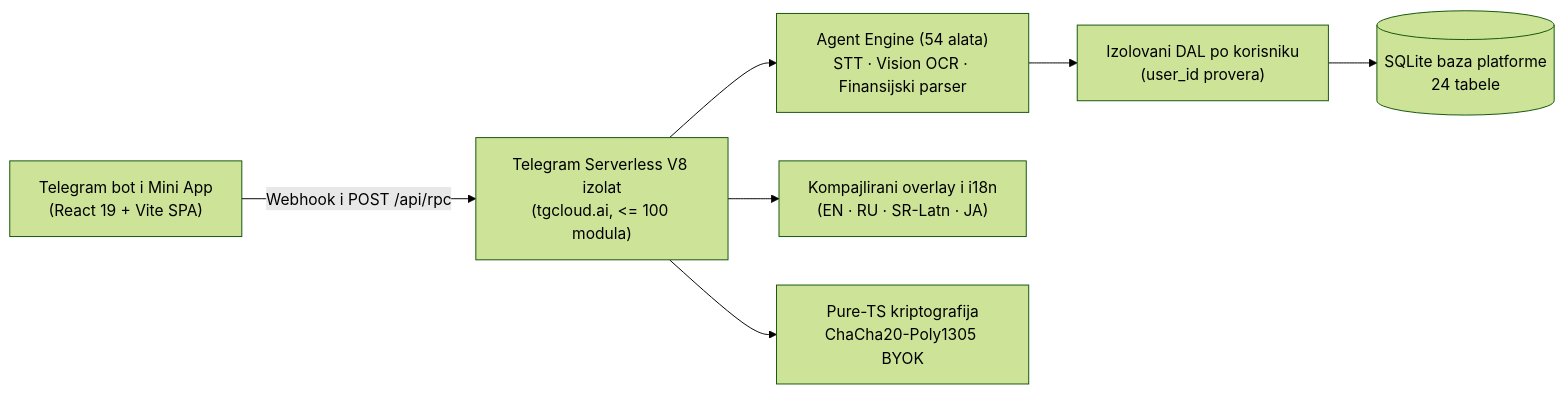
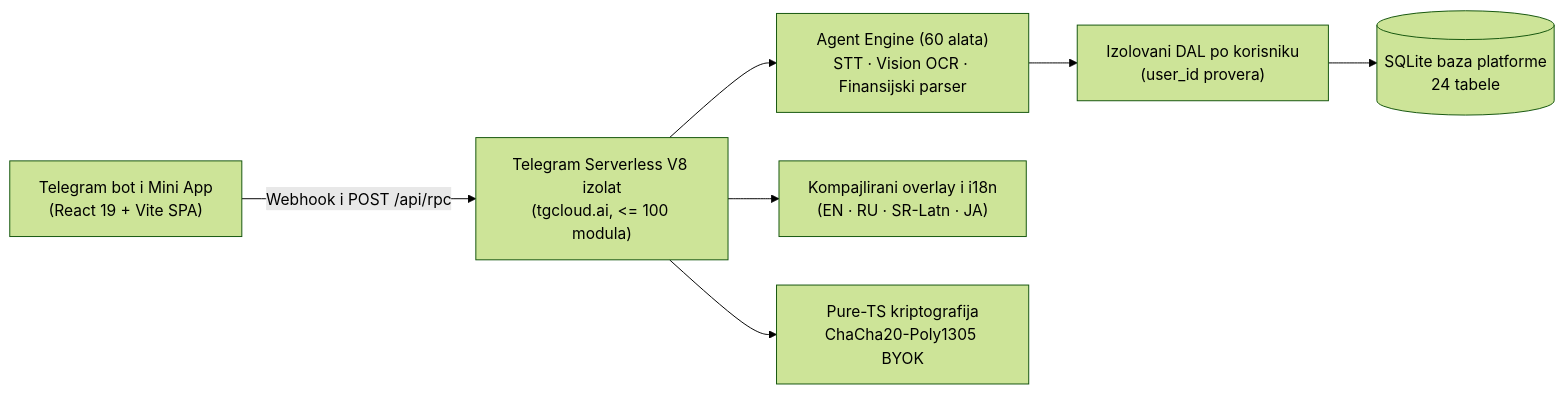
Before and after one commit to ValDagon/tokio: the diagram in README.sr.md, drawn with Mermaid (forest theme). The commit also changed other lines of this file and 70 other files, not shown here.

````diff
--- a/README.sr.md
+++ b/README.sr.md
@@ -22,9 +22,9 @@
 ```mermaid
 flowchart LR
   TG["Telegram bot i Mini App<br/>(React 19 + Vite SPA)"] -->|Webhook i POST /api/rpc| ISO["Telegram Serverless V8 izolat<br/>(tgcloud.ai, <= 100 modula)"]
-  ISO --> AGENT["Agent Engine (54 alata)<br/>STT · Vision OCR · Finansijski parser"]
+  ISO --> AGENT["Agent Engine (60 alata)<br/>STT · Vision OCR · Finansijski parser"]
   ISO --> OVERLAY["Kompajlirani overlay i i18n<br/>(EN · RU · SR-Latn · JA)"]
   ISO --> CRYPTO["Pure-TS kriptografija<br/>ChaCha20-Poly1305 BYOK"]
   AGENT --> DAL["Izolovani DAL po korisniku<br/>(user_id provera)"]
   DAL --> DB[("SQLite baza platforme<br/>24 tabele")]
 ```
````
